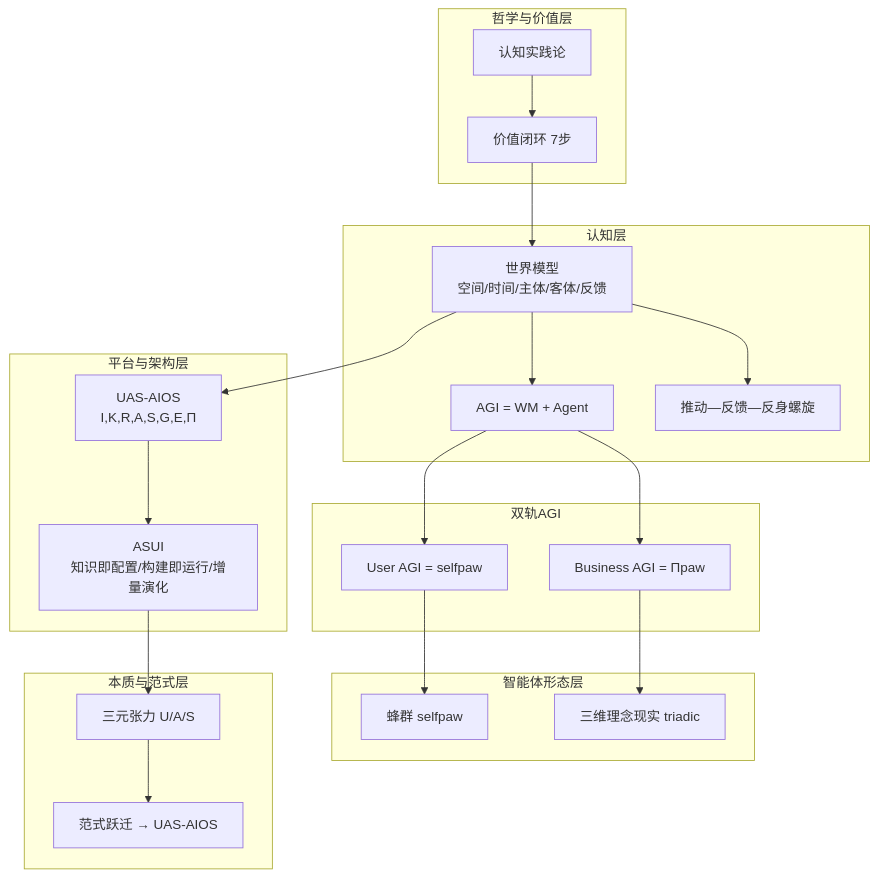
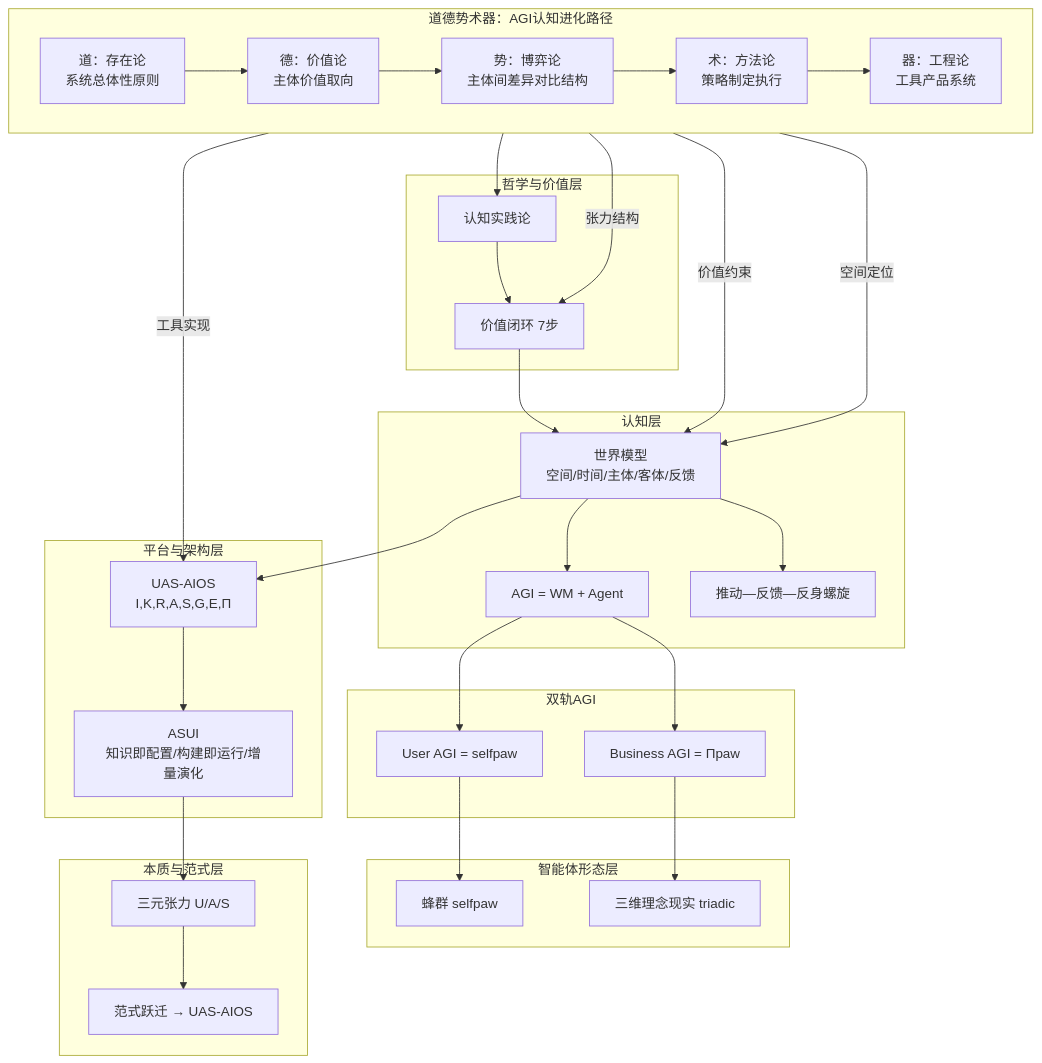
Before and after one commit to huawenyao/UAS-AIOS: the first of 4 diagrams in docs/THEORY_SYSTEM.md, drawn with Mermaid. The commit also changed other lines of this file and 47 other files, not shown here.

````diff
--- a/docs/THEORY_SYSTEM.md
+++ b/docs/THEORY_SYSTEM.md
@@ -197,45 +568,58 @@
 ```mermaid
 flowchart TB
+    subgraph 元方法论层["道德势术器：AGI认知进化路径"]
+        direction LR
+        Tao[道：存在论<br>系统总体性原则] --> De[德：价值论<br>主体价值取向]
+        De --> Shi[势：博弈论<br>主体间差异对比结构]
+        Shi --> Shu[术：方法论<br>策略制定执行]
+        Shu --> Qi[器：工程论<br>工具产品系统]
+    end
+
     subgraph 哲学与价值层
         CP[认知实践论]
         VC[价值闭环 7步]
+        Tao --> CP
+        Shi -->|张力结构| VC
         CP --> VC
     end
 
     subgraph 认知层
         WM[世界模型<br>空间/时间/主体/客体/反馈]
         AGI[AGI = WM + Agent]
         DFR[推动—反馈—反身螺旋]
+        De -->|价值约束| WM
+        Shi -->|空间定位| WM
         WM --> AGI
         WM --> DFR
         VC --> WM
     end
 
     subgraph 双轨AGI
         UA[User AGI = selfpaw]
         BA[Business AGI = Πpaw]
         AGI --> UA
         AGI --> BA
     end
 
     subgraph 平台与架构层
         UAS[UAS-AIOS<br>I,K,R,A,S,G,E,Π]
         ASUI[ASUI<br>知识即配置/构建即运行/增量演化]
         UAS --> ASUI
         WM --> UAS
+        Qi -->|工具实现| UAS
     end
 
     subgraph 智能体形态层
         SW[蜂群 selfpaw]
         TR[三维理念现实 triadic]
         UA --> SW
         BA --> TR
     end
 
     subgraph 本质与范式层
         TS[三元张力 U/A/S]
         PF[范式跃迁 → UAS-AIOS]
         TS --> PF
         ASUI --> TS
     end
 ```
````
